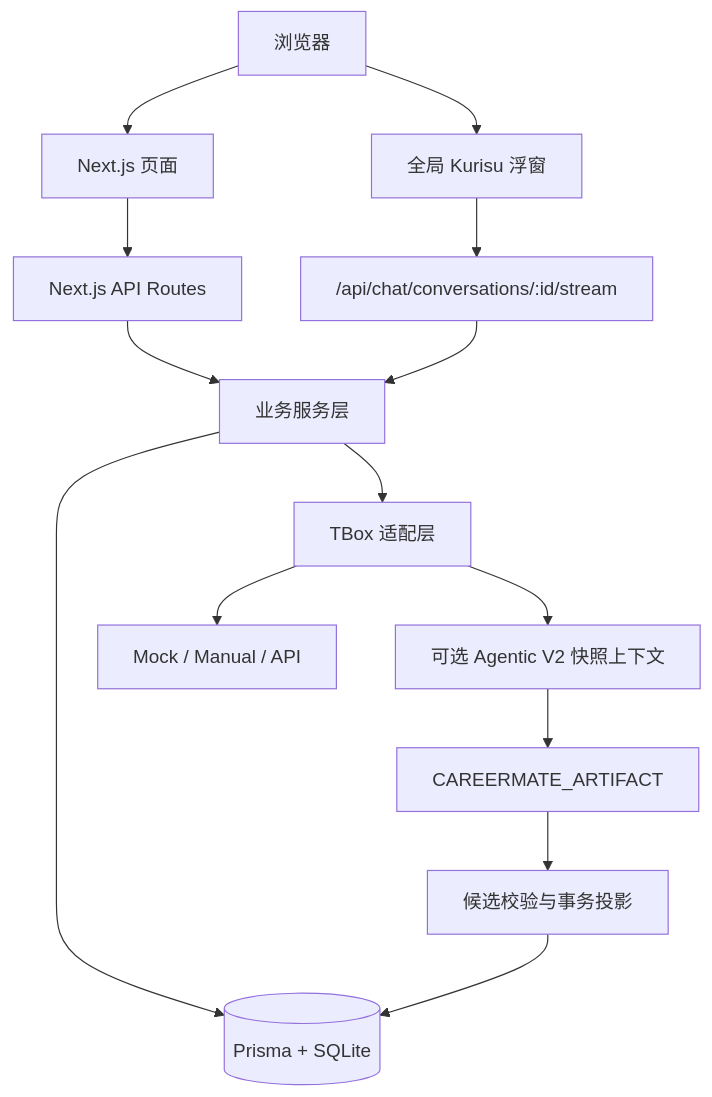
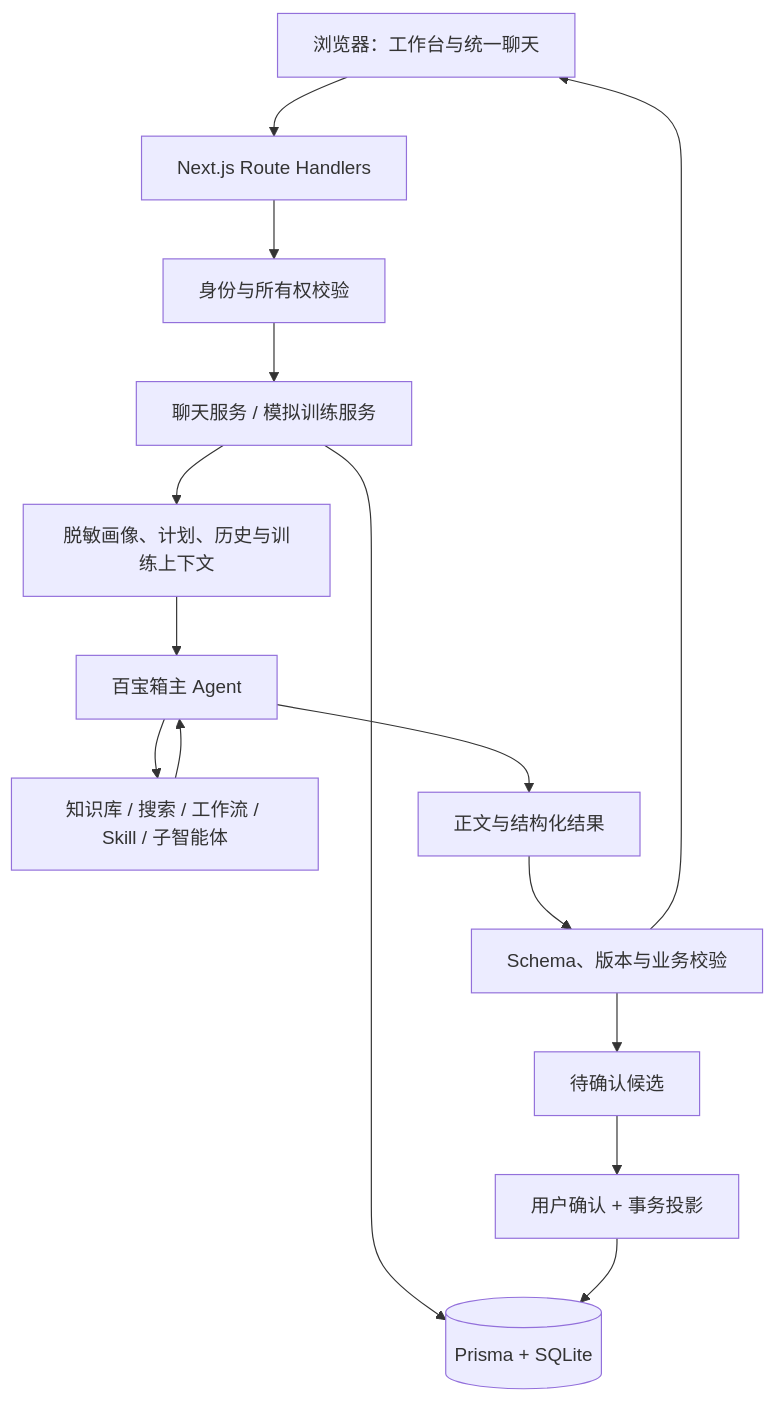
The diagram in README.md (zxkk97984-creator/CareerMate), drawn with Mermaid before and after one commit. The commit also changed other lines of this file and 72 other files, not shown here.

First line of the commit message:
docs: consolidate architecture and prune historical deliverables

````diff
--- a/README.md
+++ b/README.md
@@ -44,16 +41,17 @@
 ```mermaid
 flowchart TB
-    B[浏览器] --> P[Next.js 页面]
-    B --> K[全局 Kurisu 浮窗]
-    P --> API[Next.js API Routes]
-    K --> CHAT["/api/chat/conversations/:id/stream"]
-    API --> S[业务服务层]
-    CHAT --> S
-    S --> DB[("Prisma + SQLite")]
-    S --> T[TBox 适配层]
-    T --> M["Mock / Manual / API"]
-    T --> V2[可选 Agentic V2 快照上下文]
-    V2 --> ART[CAREERMATE_ARTIFACT]
-    ART --> C[候选校验与事务投影]
-    C --> DB
+  UI["浏览器：工作台与统一聊天"] --> API["Next.js Route Handlers"]
+  API --> AUTH["身份与所有权校验"]
+  AUTH --> CHAT["聊天服务 / 模拟训练服务"]
+  CHAT --> DB[("Prisma + SQLite")]
+  CHAT --> CTX["脱敏画像、计划、历史与训练上下文"]
+  CTX --> TBOX["百宝箱主 Agent"]
+  TBOX --> TOOLS["知识库 / 搜索 / 工作流 / Skill / 子智能体"]
+  TOOLS --> TBOX
+  TBOX --> RESULT["正文与结构化结果"]
+  RESULT --> CHECK["Schema、版本与业务校验"]
+  CHECK --> UI
+  CHECK --> CANDIDATE["待确认候选"]
+  CANDIDATE --> CONFIRM["用户确认 + 事务投影"]
+  CONFIRM --> DB
 ```
````
